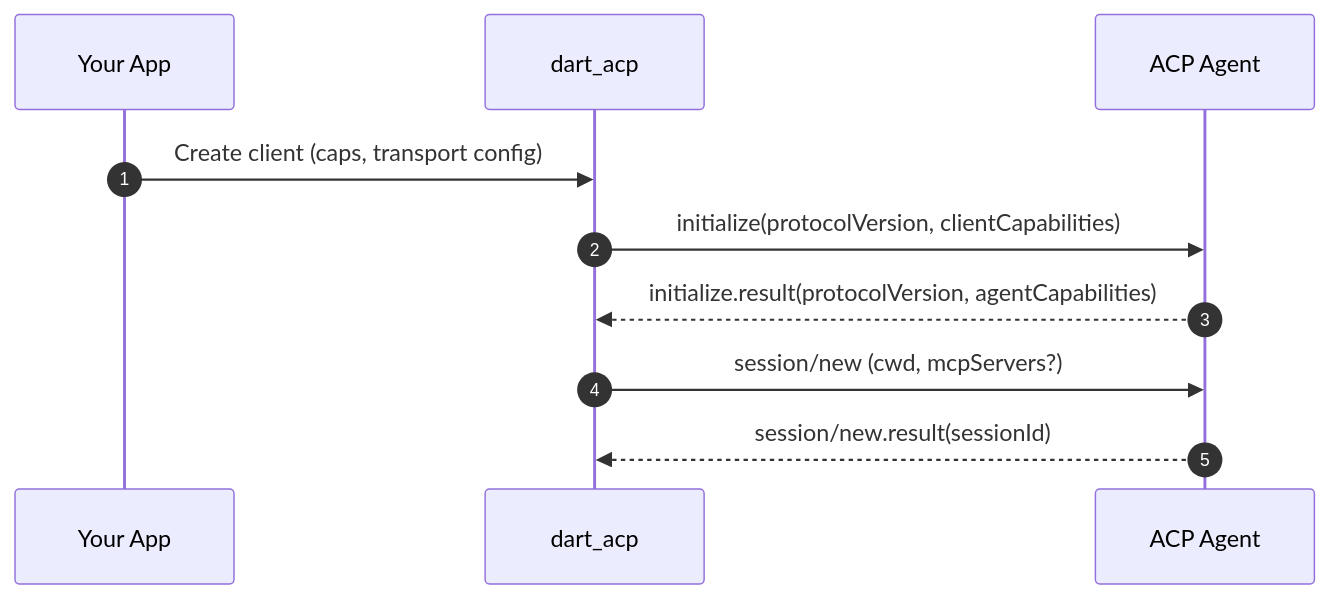
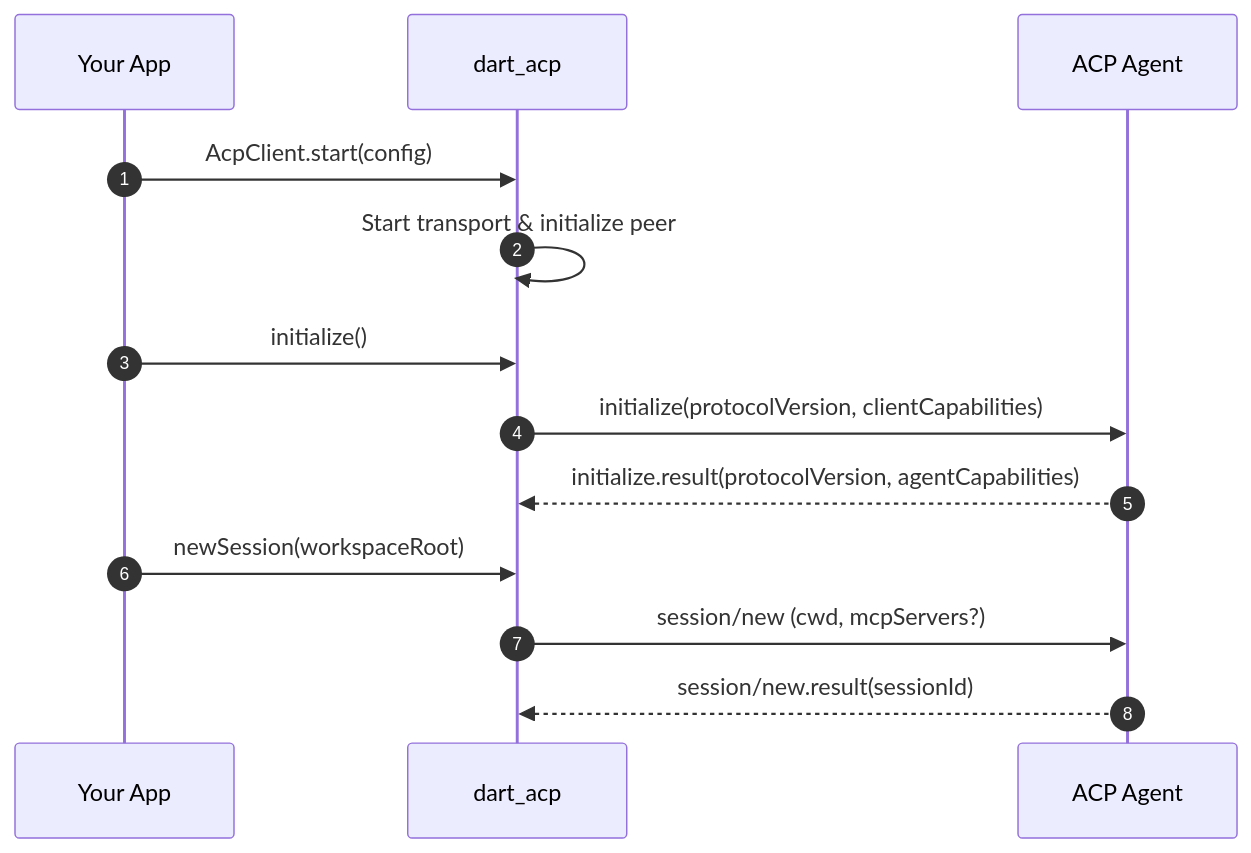
One commit to csells/dart_acp changed the second of 5 diagrams in specs/dart_acp_technical_design.md. Above: the diagram before and after it, drawn with Mermaid. The commit also changed other lines of this file and 66 other files, not shown here.

````diff
--- a/specs/dart_acp_technical_design.md
+++ b/specs/dart_acp_technical_design.md
@@ -116,13 +117,16 @@
 ```mermaid
 sequenceDiagram
   autonumber
   participant App as Your App
   participant Lib as dart_acp
   participant Agent as ACP Agent
 
-  App->>Lib: Create client (caps, transport config)
+  App->>Lib: AcpClient.start(config)
+  Lib->>Lib: Start transport & initialize peer
+  App->>Lib: initialize()
   Lib->>Agent: initialize(protocolVersion, clientCapabilities)
   Agent-->>Lib: initialize.result(protocolVersion, agentCapabilities)
+  App->>Lib: newSession(workspaceRoot)
   Lib->>Agent: session/new (cwd, mcpServers?)
   Agent-->>Lib: session/new.result(sessionId)
 ```
````
